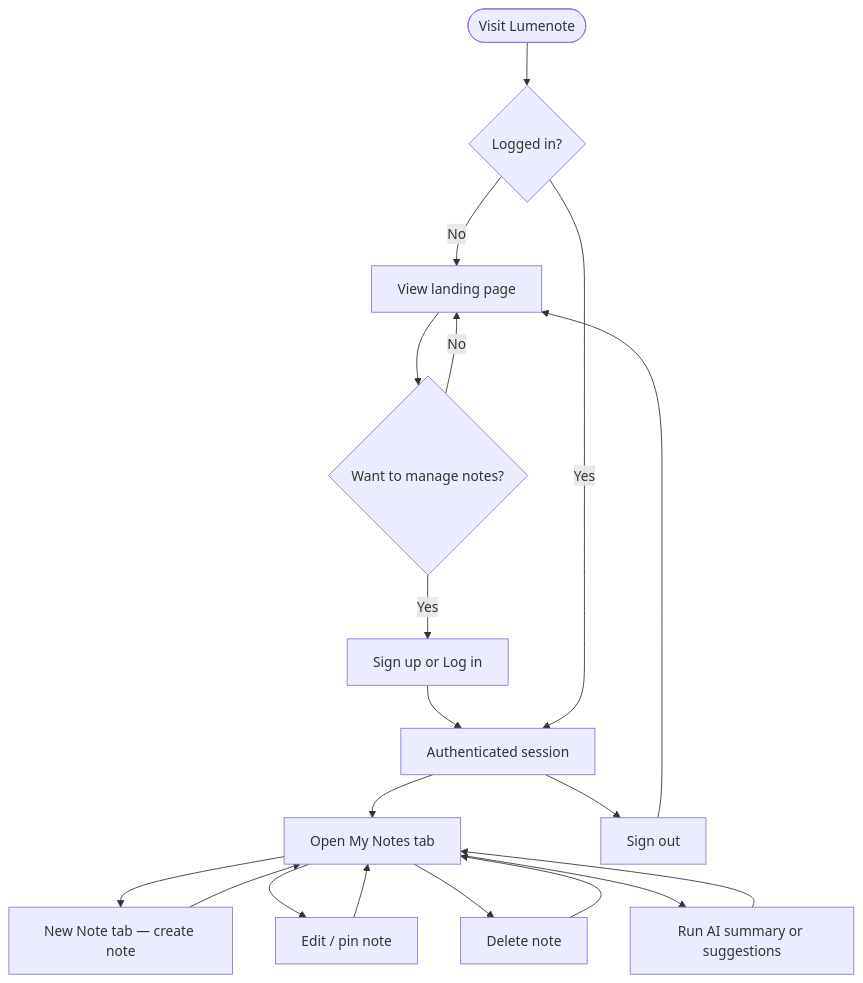
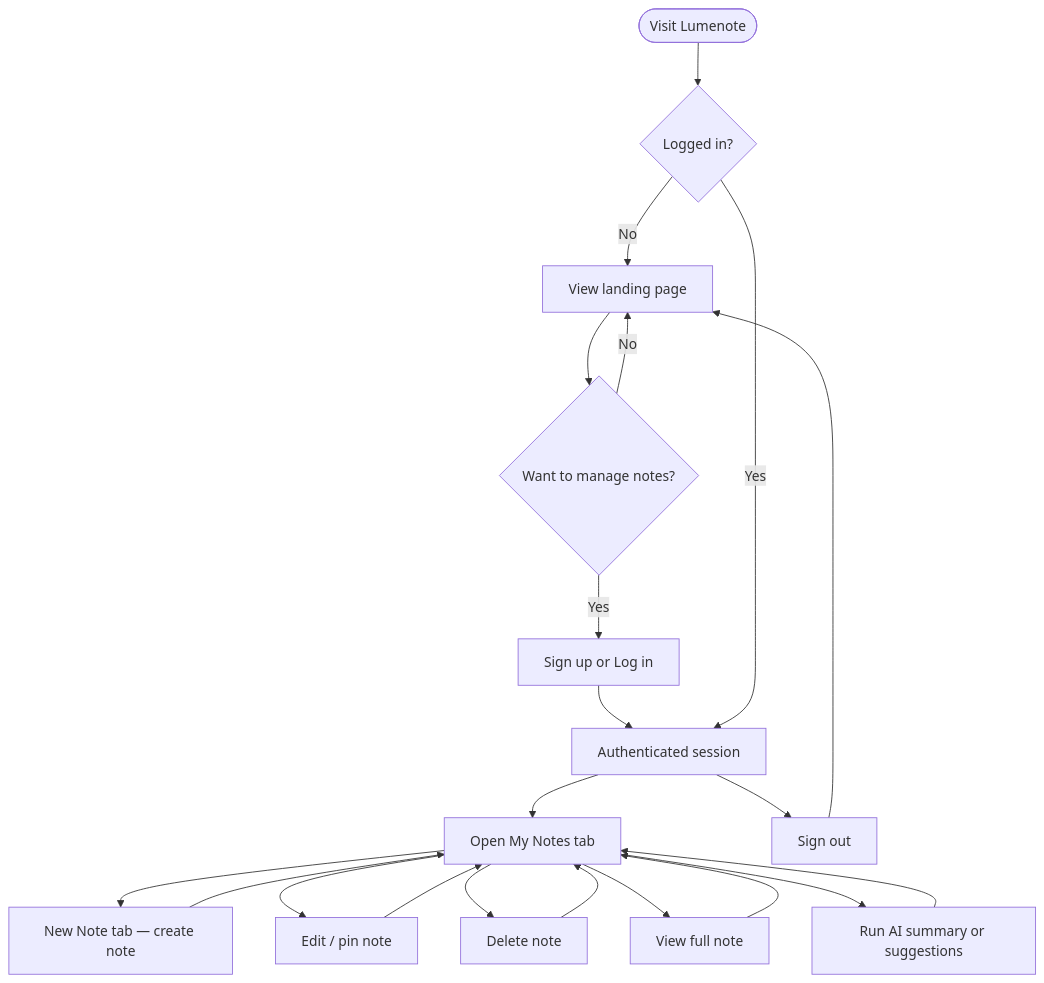
The second of 19 diagrams in DIAGRAMS.md (Angelica-Vides/Lumenote), drawn with Mermaid before and after one commit. The commit also changed other lines of this file and 3 other files, not shown here.

First line of the commit message:
docs: add full note view page to plan and architecture docs

````diff
--- a/DIAGRAMS.md
+++ b/DIAGRAMS.md
@@ -44,21 +44,23 @@
 ```mermaid
 flowchart TD
     A([Visit Lumenote]) --> B{Logged in?}
     B -- No --> C[View landing page]
     C --> D{Want to manage notes?}
     D -- Yes --> E[Sign up or Log in]
     E --> F[Authenticated session]
     D -- No --> C
     B -- Yes --> F
     F --> G[Open My Notes tab]
     G --> H[New Note tab — create note]
     G --> I[Edit / pin note]
     G --> J[Delete note]
+    G --> M[View full note]
     G --> L[Run AI summary or suggestions]
+    M --> G
     H --> G
     I --> G
     J --> G
     L --> G
     F --> K[Sign out]
     K --> C
 ```
````
